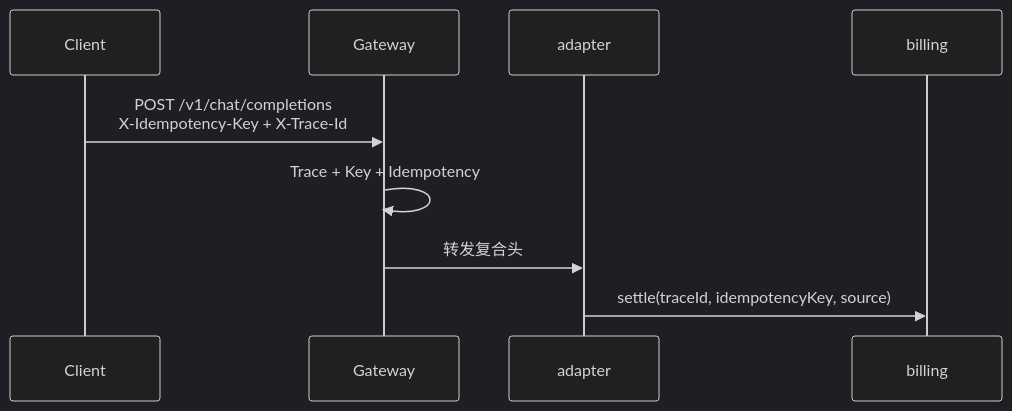
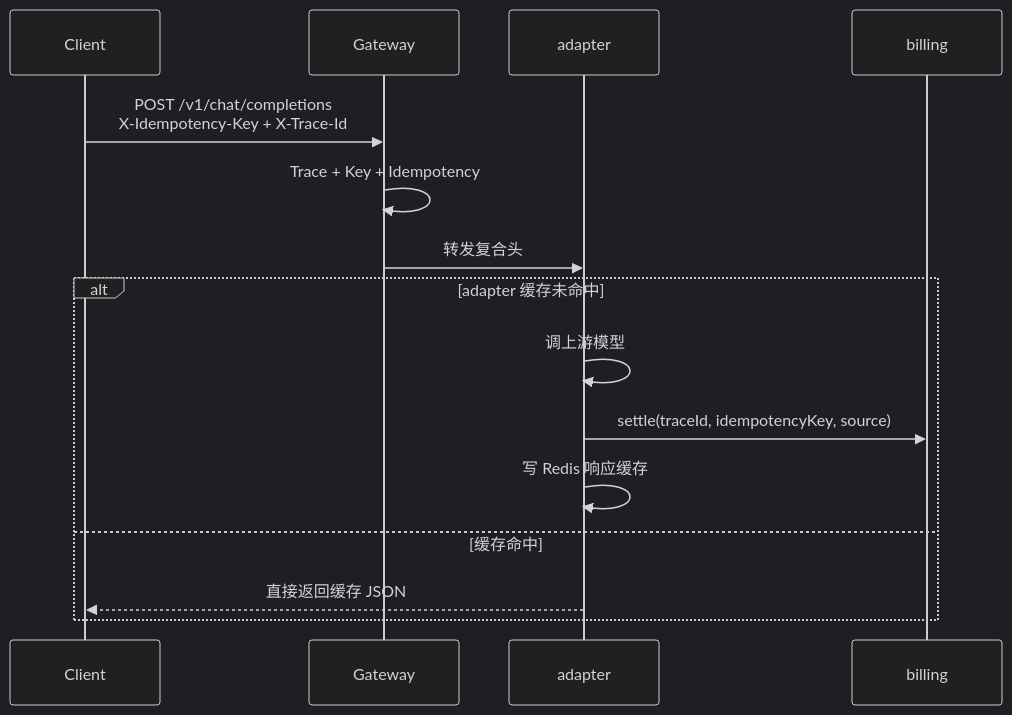
One commit to chinasongsong/token-charge-system changed the diagram in gateway-service/docs/filters/08-IdempotencyGatewayFilter.md. Above: the diagram before and after it, drawn with Mermaid (dark theme). The commit also changed other lines of this file and 13 other files, not shown here.

````diff
--- a/gateway-service/docs/filters/08-IdempotencyGatewayFilter.md
+++ b/gateway-service/docs/filters/08-IdempotencyGatewayFilter.md
@@ -48,11 +48,17 @@
 ```mermaid
 sequenceDiagram
   participant C as Client
   participant GW as Gateway
   participant AD as adapter
   participant BI as billing
   C->>GW: POST /v1/chat/completions<br/>X-Idempotency-Key + X-Trace-Id
   GW->>GW: Trace + Key + Idempotency
   GW->>AD: 转发复合头
-  AD->>BI: settle(traceId, idempotencyKey, source)
+  alt adapter 缓存未命中
+    AD->>AD: 调上游模型
+    AD->>BI: settle(traceId, idempotencyKey, source)
+    AD->>AD: 写 Redis 响应缓存
+  else 缓存命中
+    AD-->>C: 直接返回缓存 JSON
+  end
 ```
````
